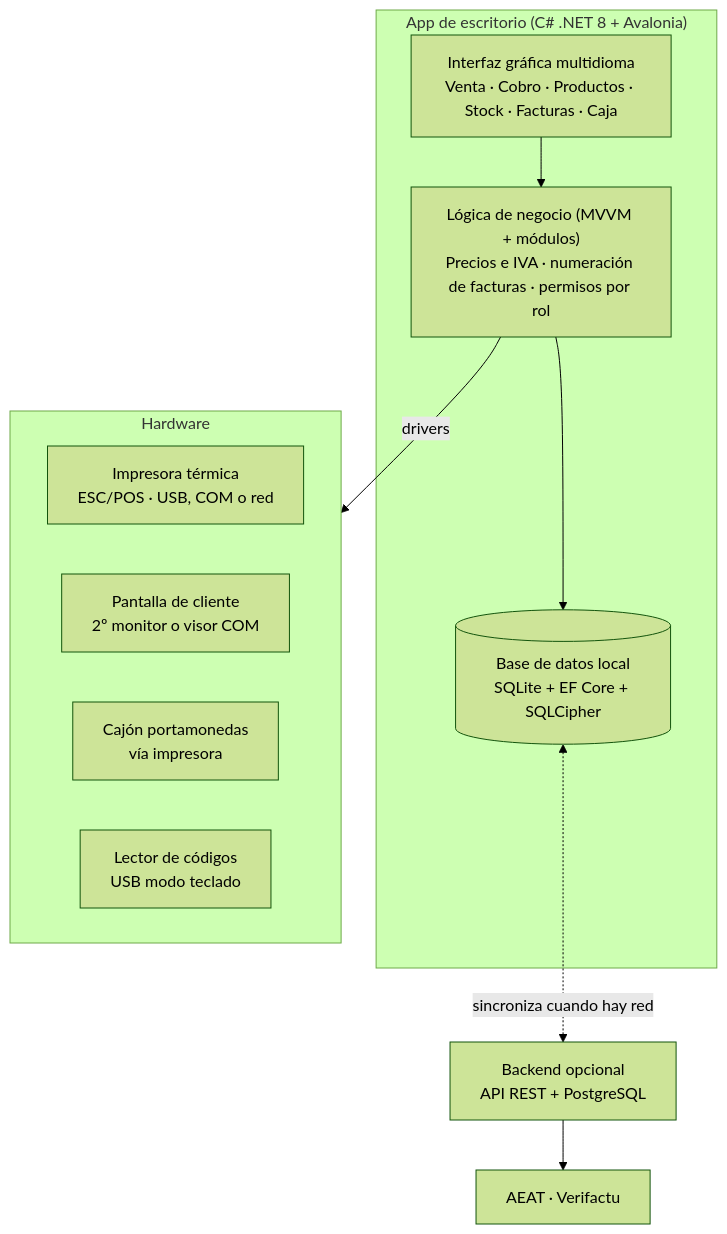
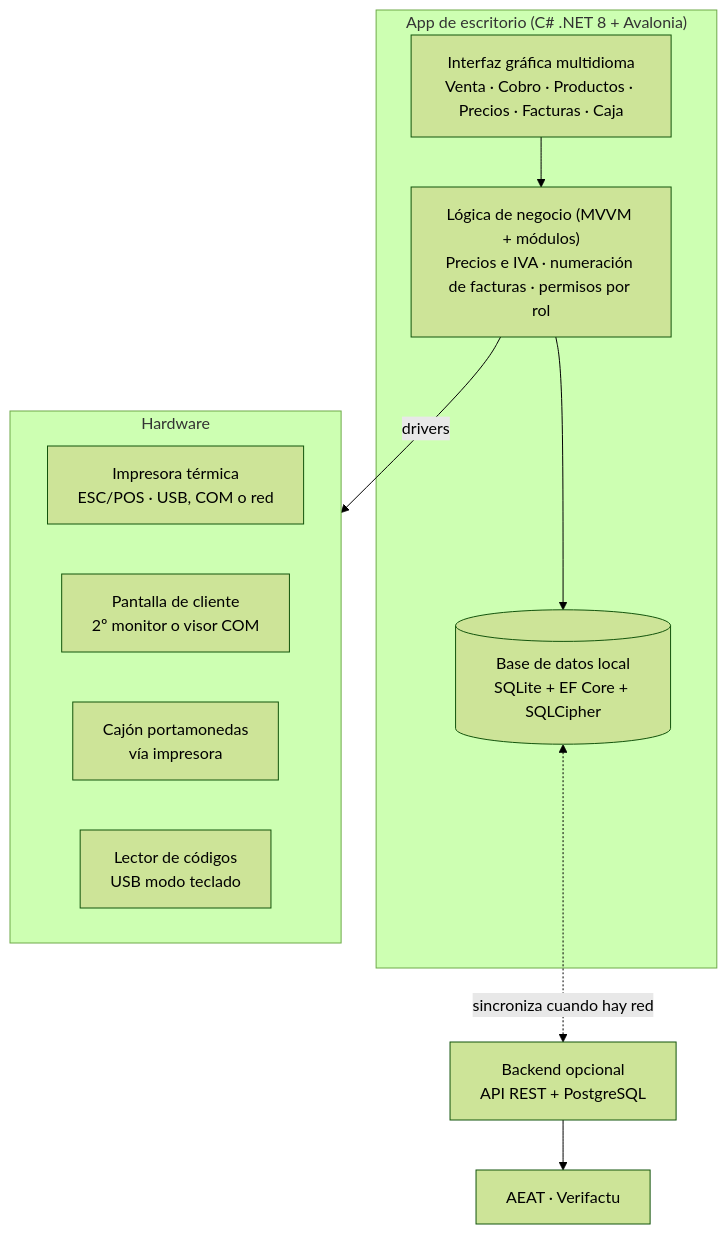
One commit to jiahao0408/ProyPOS changed the diagram in README.md. Above: the diagram before and after it, drawn with Mermaid (forest theme). The commit also changed other lines of this file and 33 other files, not shown here.

````diff
--- a/README.md
+++ b/README.md
@@ -70,20 +72,20 @@
 ```mermaid
 flowchart TB
     subgraph APP["App de escritorio (C# .NET 8 + Avalonia)"]
-        UI["Interfaz gráfica multidioma<br/>Venta · Cobro · Productos · Stock · Facturas · Caja"]
+        UI["Interfaz gráfica multidioma<br/>Venta · Cobro · Productos · Precios · Facturas · Caja"]
         BL["Lógica de negocio (MVVM + módulos)<br/>Precios e IVA · numeración de facturas · permisos por rol"]
         DB[("Base de datos local<br/>SQLite + EF Core + SQLCipher")]
         UI --> BL --> DB
     end
 
     subgraph HW["Hardware"]
         PRN["Impresora térmica<br/>ESC/POS · USB, COM o red"]
         CDS["Pantalla de cliente<br/>2º monitor o visor COM"]
         DRW["Cajón portamonedas<br/>vía impresora"]
         SCN["Lector de códigos<br/>USB modo teclado"]
     end
 
     BL -- drivers --> HW
     DB <-. "sincroniza cuando hay red" .-> API["Backend opcional<br/>API REST + PostgreSQL"]
     API --> AEAT["AEAT · Verifactu"]
 ```
````
